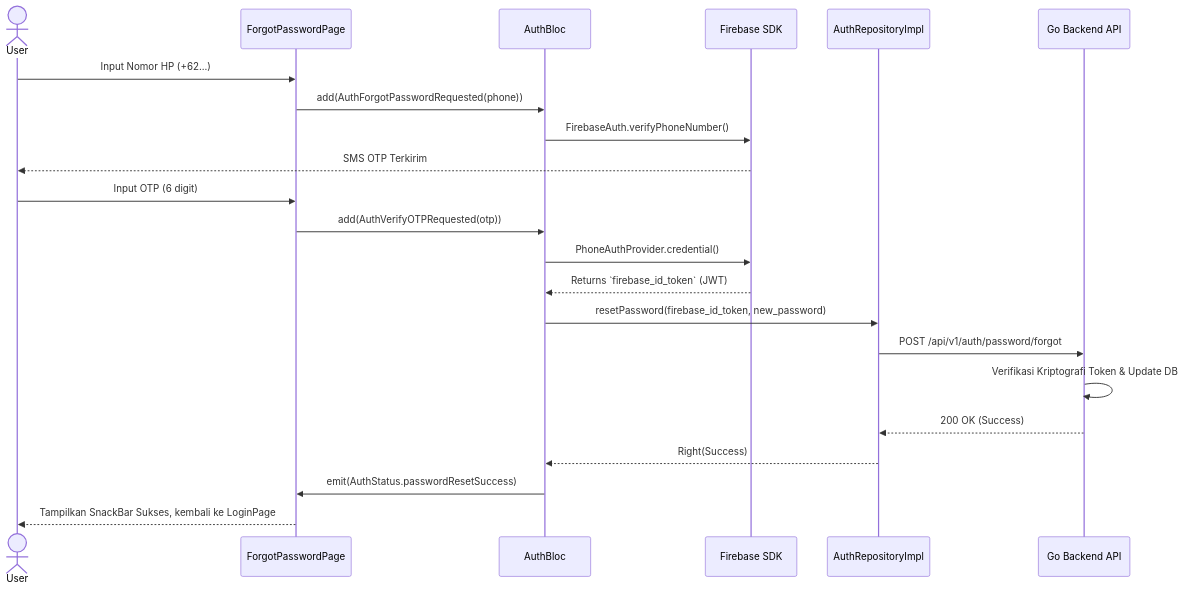
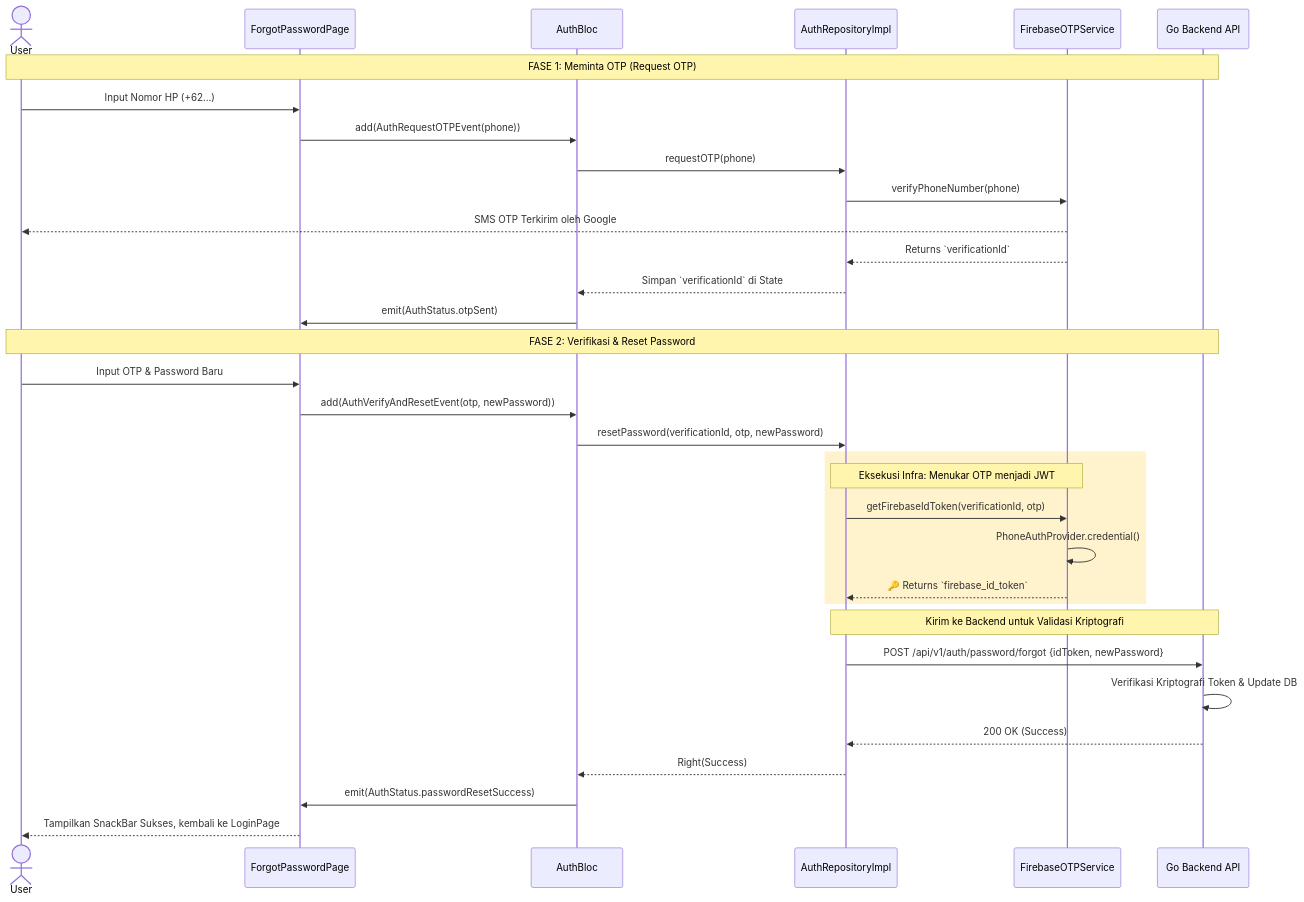
The seventh of 7 diagrams in docs/features/auth.md (nunutech40/news-app-flutter), drawn with Mermaid before and after one commit. The commit also changed other lines of this file, not shown here.

Commit message:
docs: fix Firebase OTP sequence diagram to follow Clean Architecture

````diff
--- a/docs/features/auth.md
+++ b/docs/features/auth.md
@@ -377,32 +379,40 @@
 ```mermaid
 sequenceDiagram
     actor User
     participant UI as ForgotPasswordPage
     participant Bloc as AuthBloc
-    participant FB as Firebase SDK
     participant Repo as AuthRepositoryImpl
+    participant FBService as FirebaseOTPService
     participant BE as Go Backend API
 
+    Note over User, BE: FASE 1: Meminta OTP (Request OTP)
     User->>UI: Input Nomor HP (+62...)
-    UI->>Bloc: add(AuthForgotPasswordRequested(phone))
-    Bloc->>FB: FirebaseAuth.verifyPhoneNumber()
+    UI->>Bloc: add(AuthRequestOTPEvent(phone))
+    Bloc->>Repo: requestOTP(phone)
+    Repo->>FBService: verifyPhoneNumber(phone)
+    FBService-->>User: SMS OTP Terkirim oleh Google
+    FBService-->>Repo: Returns `verificationId`
+    Repo-->>Bloc: Simpan `verificationId` di State
+    Bloc->>UI: emit(AuthStatus.otpSent)
     
-    FB-->>User: SMS OTP Terkirim
+    Note over User, BE: FASE 2: Verifikasi & Reset Password
+    User->>UI: Input OTP & Password Baru
+    UI->>Bloc: add(AuthVerifyAndResetEvent(otp, newPassword))
+    Bloc->>Repo: resetPassword(verificationId, otp, newPassword)
     
-    User->>UI: Input OTP (6 digit)
-    UI->>Bloc: add(AuthVerifyOTPRequested(otp))
+    rect rgb(255, 243, 205)
+        Note over Repo, FBService: Eksekusi Infra: Menukar OTP menjadi JWT
+        Repo->>FBService: getFirebaseIdToken(verificationId, otp)
+        FBService->>FBService: PhoneAuthProvider.credential()
+        FBService-->>Repo: 🔑 Returns `firebase_id_token`
+    end
     
-    Bloc->>FB: PhoneAuthProvider.credential()
-    FB-->>Bloc: Returns `firebase_id_token` (JWT)
-    
-    Bloc->>Repo: resetPassword(firebase_id_token, new_password)
-    Repo->>BE: POST /api/v1/auth/password/forgot
-    
+    Note over Repo, BE: Kirim ke Backend untuk Validasi Kriptografi
+    Repo->>BE: POST /api/v1/auth/password/forgot {idToken, newPassword}
     BE->>BE: Verifikasi Kriptografi Token & Update DB
     BE-->>Repo: 200 OK (Success)
     
     Repo-->>Bloc: Right(Success)
     Bloc->>UI: emit(AuthStatus.passwordResetSuccess)
-    
     UI-->>User: Tampilkan SnackBar Sukses, kembali ke LoginPage
 ```
````
